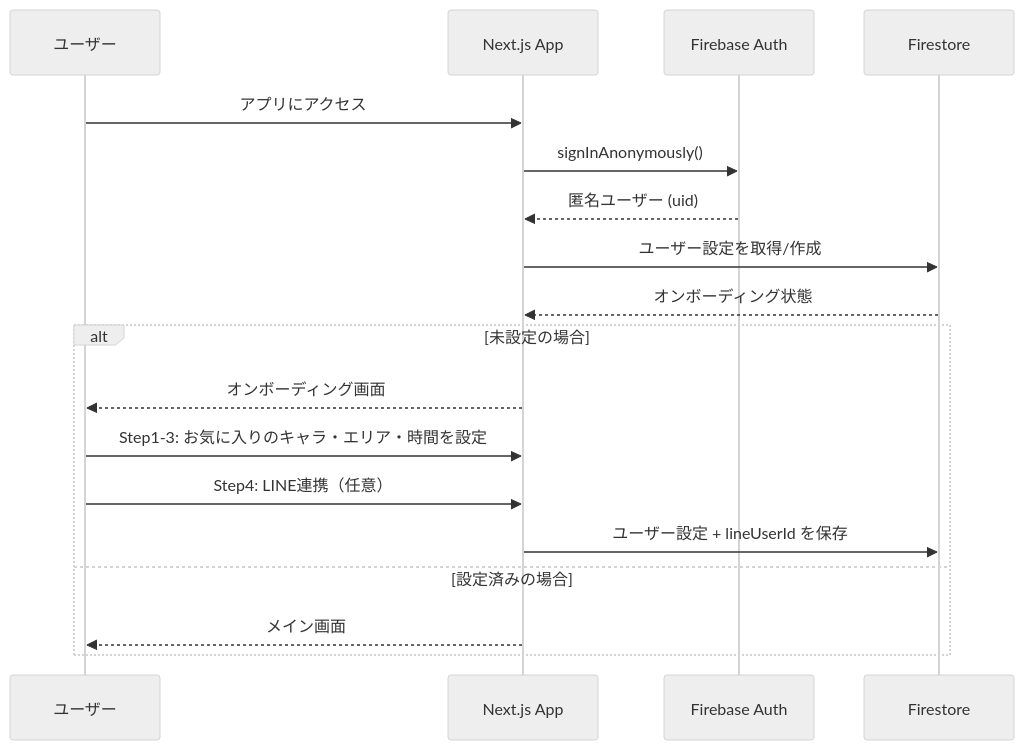
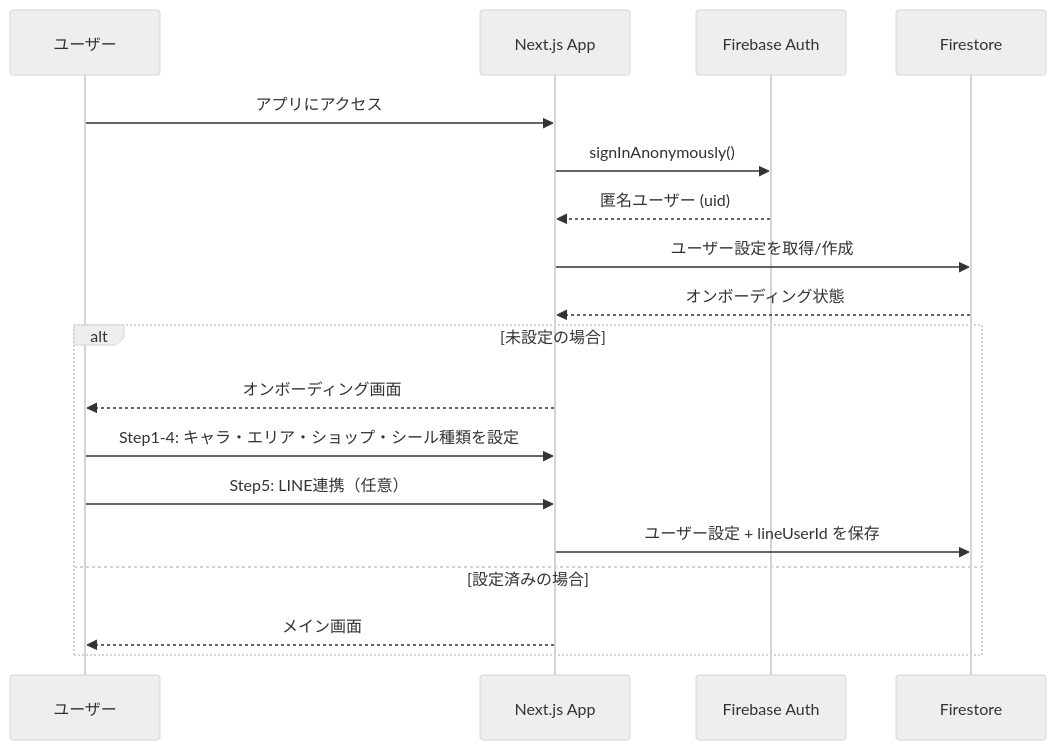
The third of 5 diagrams in README.md (nekoai-lab/tsugi-no-tokimeki), drawn with Mermaid (neutral theme) before and after one commit. The commit also changed other lines of this file and 2 other files, not shown here.

````diff
--- a/README.md
+++ b/README.md
@@ -127,22 +129,22 @@
 ```mermaid
 sequenceDiagram
     participant User as ユーザー
     participant App as Next.js App
     participant Auth as Firebase Auth
     participant FS as Firestore
 
     User->>App: アプリにアクセス
     App->>Auth: signInAnonymously()
     Auth-->>App: 匿名ユーザー (uid)
     App->>FS: ユーザー設定を取得/作成
     FS-->>App: オンボーディング状態
     
     alt 未設定の場合
         App-->>User: オンボーディング画面
-        User->>App: Step1-3: お気に入りのキャラ・エリア・時間を設定
-        User->>App: Step4: LINE連携（任意）
+        User->>App: Step1-4: キャラ・エリア・ショップ・シール種類を設定
+        User->>App: Step5: LINE連携（任意）
         App->>FS: ユーザー設定 + lineUserId を保存
     else 設定済みの場合
         App-->>User: メイン画面
     end
 ```
````
